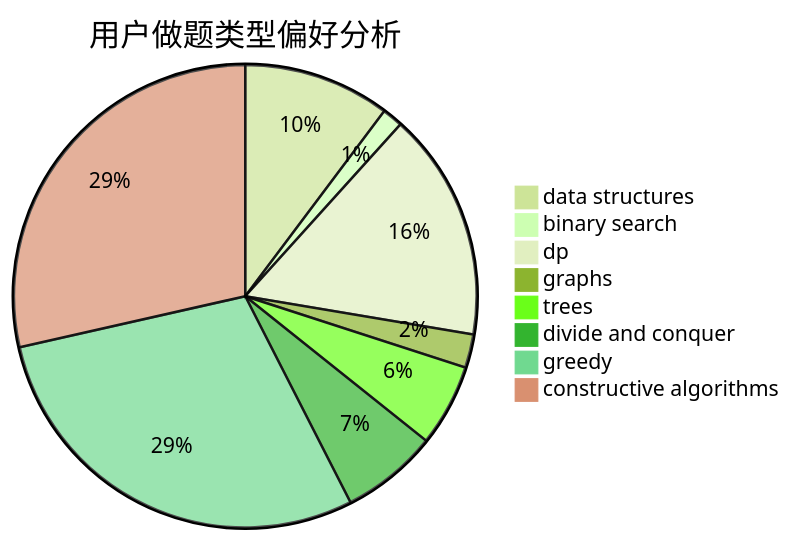
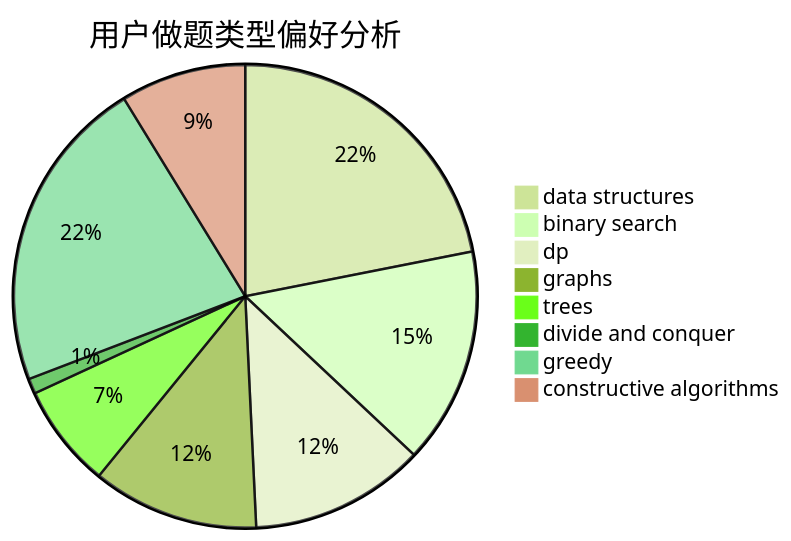
Before and after one commit to sherpahu/cfrs.github.io: the second of 3 diagrams in docs/user/u2242.md, drawn with Mermaid (forest theme). The commit also changed other lines of this file and 2770 other files, not shown here.

````diff
--- a/docs/user/u2242.md
+++ b/docs/user/u2242.md
@@ -23,11 +23,11 @@
 ```mermaid
 pie title 用户做题类型偏好分析
-    "data structures" :  264
-    "binary search" :  37
-    "dp" :  411
-    "graphs" :  60
-    "trees" :  148
-    "divide and conquer" :  174
-    "greedy" :  746
-    "constructive algorithms" :  735
+    "data structures" :  145
+    "binary search" :  100
+    "dp" :  81
+    "graphs" :  77
+    "trees" :  48
+    "divide and conquer" :  7
+    "greedy" :  146
+    "constructive algorithms" :  58
 ```
````
